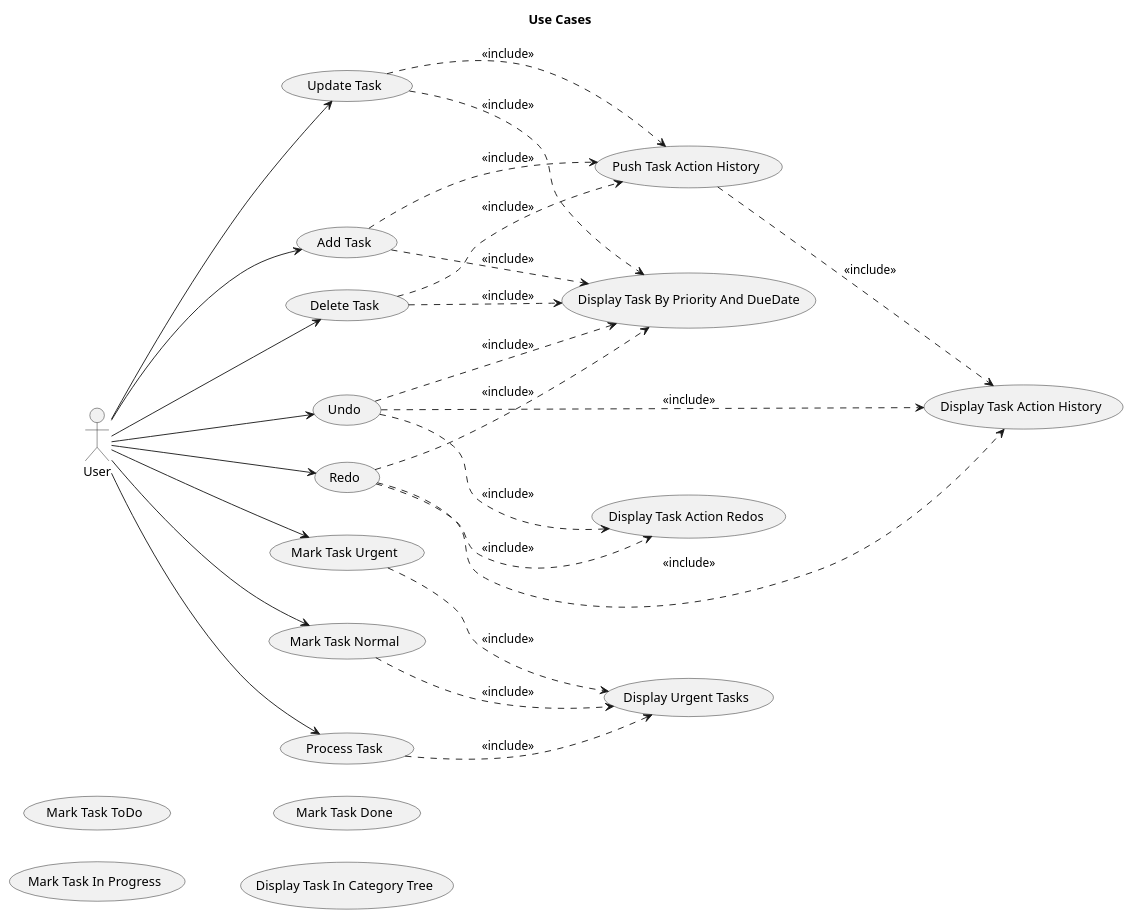
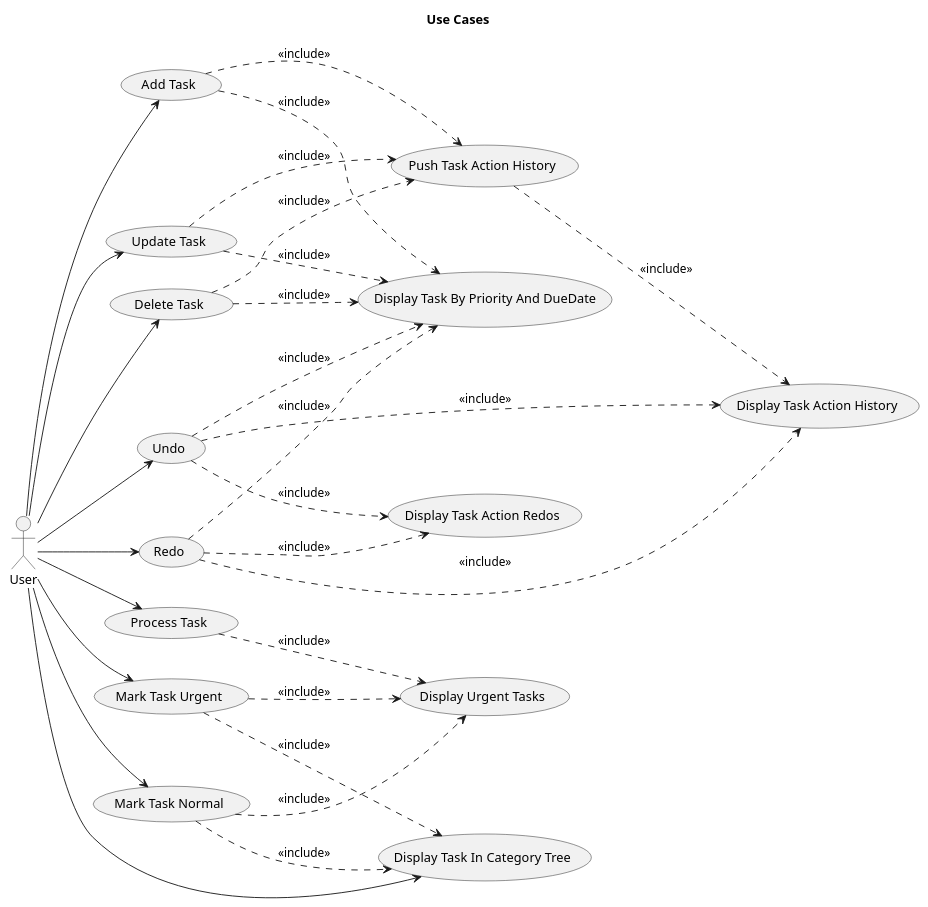
One commit to franpaulinoinfante/TaskManagement changed the diagram in Docs/UseCases/UseCases.plantuml. Above: the diagram before and after it, drawn with PlantUML.

Commit message:
Actualizar Documentacion

```diff
--- a/Docs/UseCases/UseCases.plantuml
+++ b/Docs/UseCases/UseCases.plantuml
@@ -1,56 +1,56 @@
 @startuml UseCases
     left to right direction
     title Use Cases
 
 actor User
 
 usecase "Add Task" as UC101
 usecase "Update Task" as UC102
 usecase "Delete Task" as UC103
 usecase "Display Task By Priority And DueDate" as UC104
 
 usecase "Push Task Action History" as UC201
 usecase "Undo" as UC202
 usecase "Redo" as UC203
 usecase "Display Task Action History" as UC204
 usecase "Display Task Action Redos" as UC205
 
 usecase "Mark Task Urgent" as UC301
 usecase "Mark Task Normal" as UC302
 usecase "Display Urgent Tasks" as UC303
 usecase "Process Task" as UC304
-
-usecase "Mark Task ToDo" as UC402
-usecase "Mark Task In Progress" as UC403
-usecase "Mark Task Done" as UC404
 
 usecase "Display Task In Category Tree" as UC501
 
 User --> UC101
     UC101 ..> UC104 : <<include>>
     UC101 ..> UC201 : <<include>>
 User --> UC102
     UC102 ..> UC104 : <<include>>
     UC102 ..> UC201 : <<include>>
 User --> UC103
     UC103 ..> UC104 : <<include>>
     UC103 ..> UC201 : <<include>>
     
     UC201 ..> UC204 : <<include>>
 
 User --> UC202
     UC202 ..> UC104 : <<include>>
     UC202 ..> UC204 : <<include>>
     UC202 ..> UC205 : <<include>>
 User --> UC203
     UC203 ..> UC104 : <<include>>
     UC203 ..> UC204 : <<include>>
     UC203 ..> UC205 : <<include>>
 
 User --> UC301
     UC301 ..> UC303 : <<include>>
+    UC301 ..> UC501 : <<include>>
 User --> UC302
     UC302 ..> UC303 : <<include>>
+    UC302 ..> UC501 : <<include>>
 User --> UC304
     UC304 ..> UC303 : <<include>>
+    
+User --> UC501
 @enduml
```
